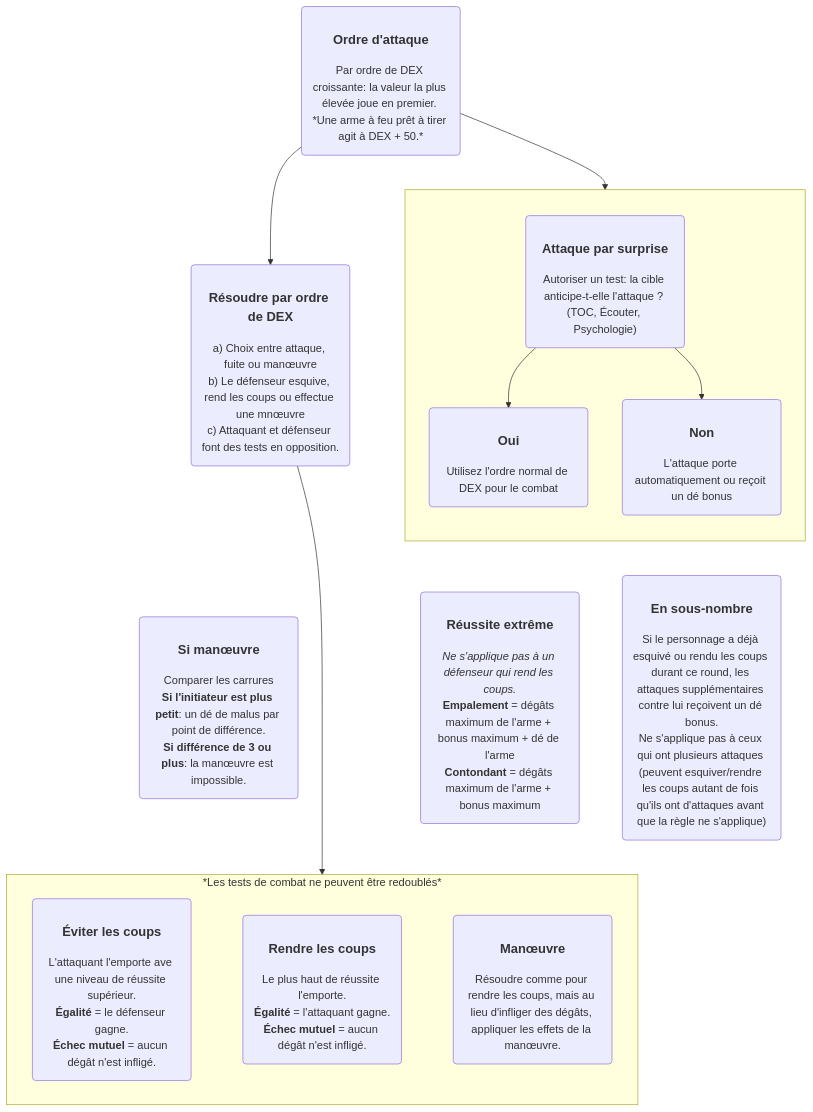
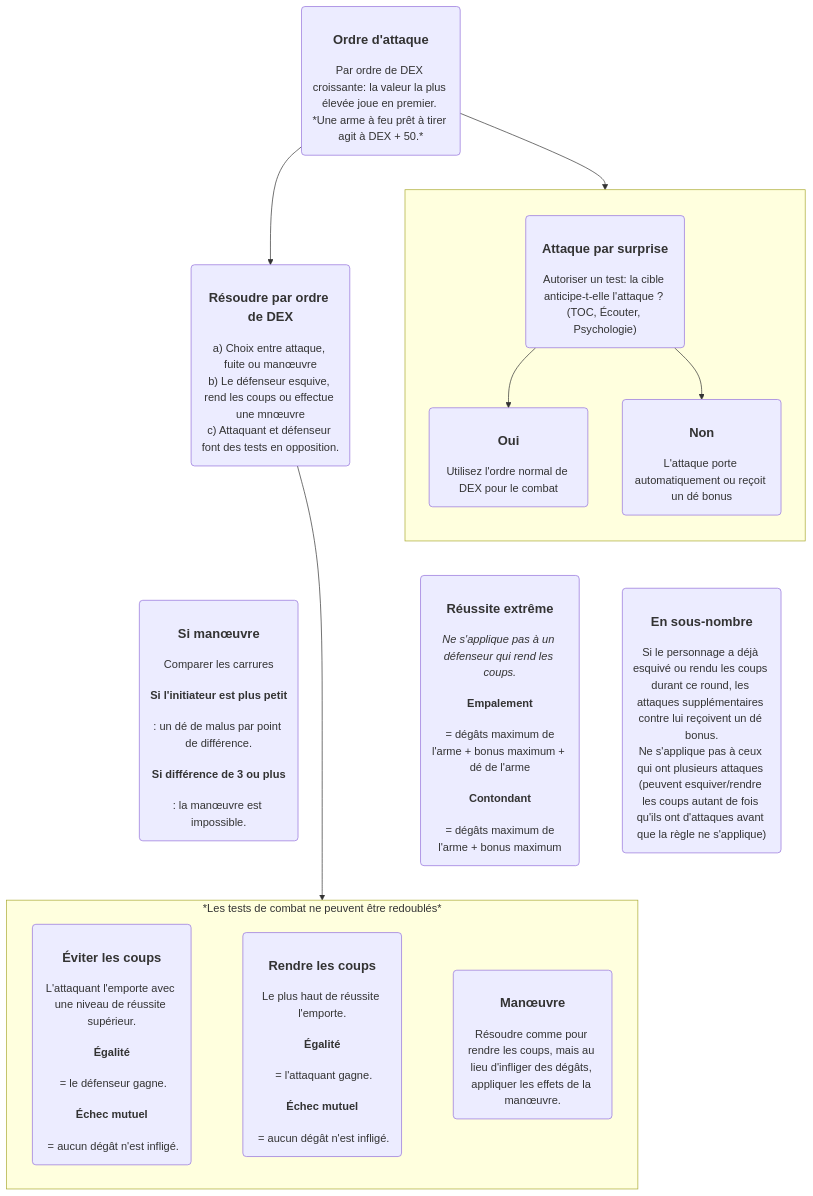
The second of 2 diagrams in jdr/adc/aide_memoire.md (Mikaciu/Mikaciu.github.io), drawn with Mermaid before and after one commit. The commit also changed other lines of this file, not shown here.

````diff
--- a/jdr/adc/aide_memoire.md
+++ b/jdr/adc/aide_memoire.md
@@ -124,39 +130,39 @@
 ```mermaid
 flowchart TD;
 ordre_attaque-->surprise;
 ordre_attaque-->ordre_dex;
 
 ordre_attaque ~~~ si_manoeuvre;
 
 ordre_dex ---> action_combat;
 ordre_dex ~~~ si_manoeuvre;
 
 subgraph action_combat[*Les tests de combat ne peuvent être redoublés*]
     direction LR
     eviter_coups ~~~ rendre_coups ~~~ manoeuvre;
 end
 
 subgraph surprise[" "]
     direction TB
     attaque_surprise-->surprise_oui;
     attaque_surprise-->surprise_non;
 end
 
 surprise ~~~ reussite_extreme
 surprise ~~~ sous_nombre
 
 sous_nombre("`<h3>En sous-nombre</h3>Si le personnage a déjà esquivé ou rendu les coups durant ce round, les attaques supplémentaires contre lui reçoivent un dé bonus.<br>Ne s'applique pas à ceux qui ont plusieurs attaques (peuvent esquiver/rendre les coups autant de fois qu'ils ont d'attaques avant que la règle ne s'applique)`");
-reussite_extreme("`<h3>Réussite extrême</h3><em>Ne s'applique pas à un défenseur qui rend les coups.</em><br><strong>Empalement</strong> = dégâts maximum de l'arme + bonus maximum + dé de l'arme<br><strong>Contondant</strong> = dégâts maximum de l'arme + bonus maximum`");
+reussite_extreme("`<h3>Réussite extrême</h3><em>Ne s'applique pas à un défenseur qui rend les coups.</em><br><h4>Empalement</h4> = dégâts maximum de l'arme + bonus maximum + dé de l'arme<br><h4>Contondant</h4> = dégâts maximum de l'arme + bonus maximum`");
 
 ordre_attaque("`<h3>Ordre d'attaque</h3>Par ordre de DEX croissante: la valeur la plus élevée joue en premier. *Une arme à feu prêt à tirer agit à DEX + 50.*`")
 ordre_dex("`<h3>Résoudre par ordre de DEX</h3>a) Choix entre attaque, fuite ou manœuvre<br>b) Le défenseur esquive, rend les coups ou effectue une mnœuvre<br>c) Attaquant et défenseur font des tests en opposition.`")
 attaque_surprise("`<h3>Attaque par surprise</h3>Autoriser un test: la cible anticipe-t-elle l'attaque ? (TOC, Écouter, Psychologie)`")
 surprise_oui("`<h3>Oui</h3>Utilisez l'ordre normal de DEX pour le combat`")
 surprise_non("`<h3>Non</h3>L'attaque porte automatiquement ou reçoit un dé bonus`")
 
-eviter_coups("`<h3>Éviter les coups</h3>L'attaquant l'emporte ave une niveau de réussite supérieur.<br><strong>Égalité</strong> = le défenseur gagne.<br><strong>Échec mutuel</strong> = aucun dégât n'est infligé.`")
-rendre_coups("`<h3>Rendre les coups</h3>Le plus haut de réussite l'emporte.<br><strong>Égalité</strong> = l'attaquant gagne.<br><strong>Échec mutuel</strong> = aucun dégât n'est infligé.`")
+eviter_coups("`<h3>Éviter les coups</h3>L'attaquant l'emporte avec une niveau de réussite supérieur.<br><h4>Égalité</h4> = le défenseur gagne.<br><h4>Échec mutuel</h4> = aucun dégât n'est infligé.`")
+rendre_coups("`<h3>Rendre les coups</h3>Le plus haut de réussite l'emporte.<br><h4>Égalité</h4> = l'attaquant gagne.<br><h4>Échec mutuel</h4> = aucun dégât n'est infligé.`")
 manoeuvre("`<h3>Manœuvre</h3>Résoudre comme pour rendre les coups, mais au lieu d'infliger des dégâts, appliquer les effets de la manœuvre.`")
 
-si_manoeuvre("`<h3>Si manœuvre</h3>Comparer les carrures<br><strong>Si l'initiateur est plus petit</strong>: un dé de malus par point de différence.<br><strong>Si différence de 3 ou plus</strong>: la manœuvre est impossible.`")
+si_manoeuvre("`<h3>Si manœuvre</h3>Comparer les carrures<br><h4>Si l'initiateur est plus petit</h4>: un dé de malus par point de différence.<br><h4>Si différence de 3 ou plus</h4>: la manœuvre est impossible.`")
 ```
````
